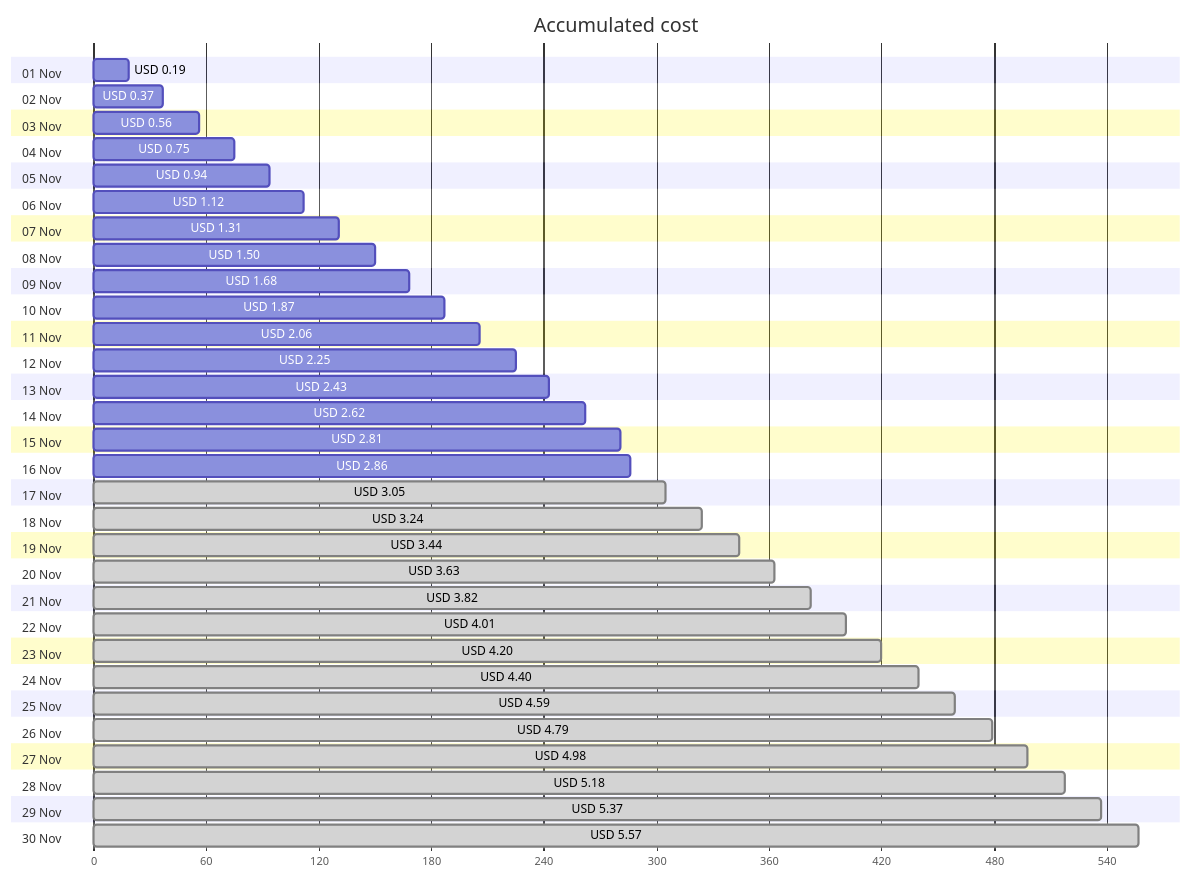
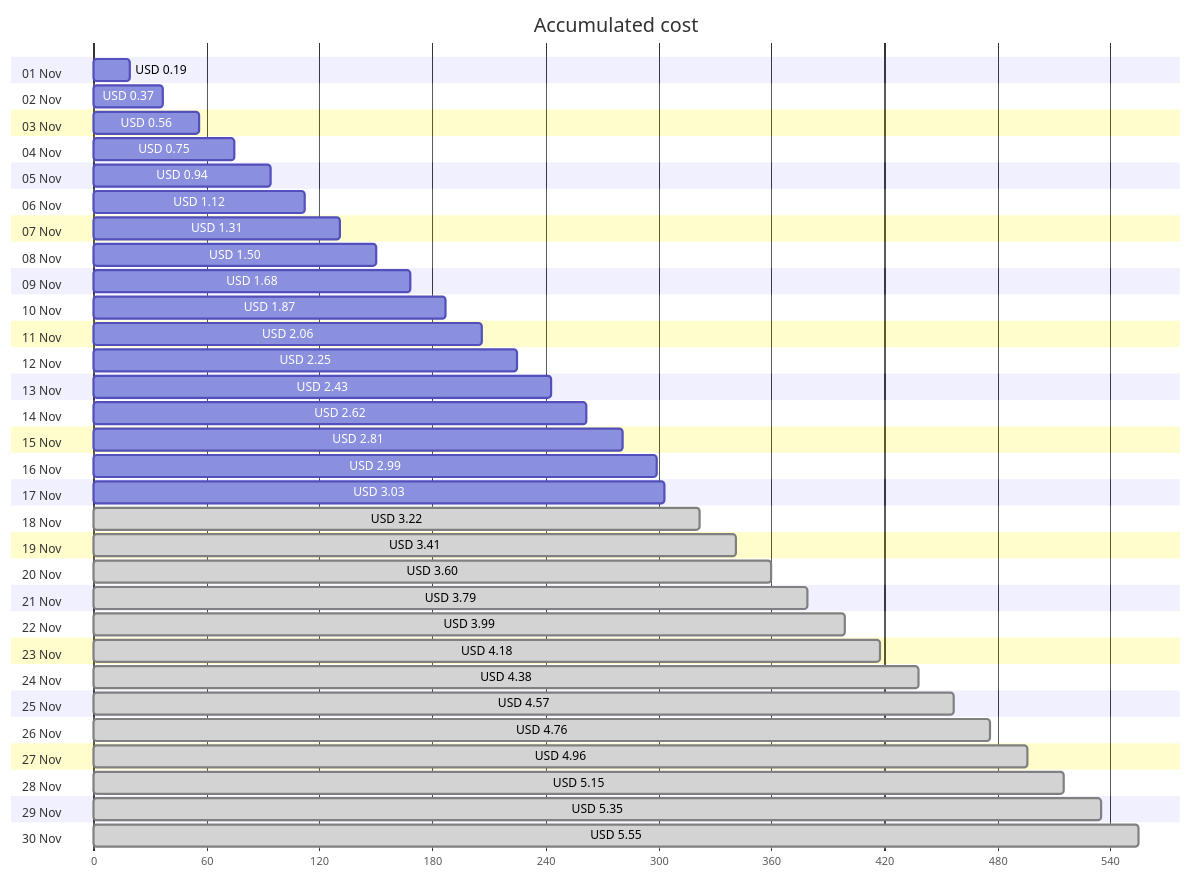
One commit to jpfulton/azure-personal-reports changed the first of 4 diagrams in cost-reports/personal-network/backup-server.md. Above: the diagram before and after it, drawn with Mermaid. The commit also changed other lines of this file and 8 other files, not shown here.

````diff
--- a/cost-reports/personal-network/backup-server.md
+++ b/cost-reports/personal-network/backup-server.md
@@ -20,66 +20,66 @@
 ```mermaid
 gantt
    title Accumulated cost
    dateFormat  X
    axisFormat %s
    section 01 Nov
    USD 0.19 :0, 19
    section 02 Nov
    USD 0.37 :0, 37
    section 03 Nov
    USD 0.56 :0, 56
    section 04 Nov
    USD 0.75 :0, 75
    section 05 Nov
    USD 0.94 :0, 94
    section 06 Nov
    USD 1.12 :0, 112
    section 07 Nov
    USD 1.31 :0, 131
    section 08 Nov
    USD 1.50 :0, 150
    section 09 Nov
    USD 1.68 :0, 168
    section 10 Nov
    USD 1.87 :0, 187
    section 11 Nov
    USD 2.06 :0, 206
    section 12 Nov
    USD 2.25 :0, 225
    section 13 Nov
    USD 2.43 :0, 243
    section 14 Nov
    USD 2.62 :0, 262
    section 15 Nov
    USD 2.81 :0, 281
    section 16 Nov
-   USD 2.86 :0, 286
+   USD 2.99 :0, 299
    section 17 Nov
-   USD 3.05 : done, 0, 305
+   USD 3.03 :0, 303
    section 18 Nov
-   USD 3.24 : done, 0, 324
+   USD 3.22 : done, 0, 322
    section 19 Nov
-   USD 3.44 : done, 0, 344
+   USD 3.41 : done, 0, 341
    section 20 Nov
-   USD 3.63 : done, 0, 363
+   USD 3.60 : done, 0, 360
    section 21 Nov
-   USD 3.82 : done, 0, 382
+   USD 3.79 : done, 0, 379
    section 22 Nov
-   USD 4.01 : done, 0, 401
+   USD 3.99 : done, 0, 399
    section 23 Nov
-   USD 4.20 : done, 0, 420
+   USD 4.18 : done, 0, 418
    section 24 Nov
-   USD 4.40 : done, 0, 440
+   USD 4.38 : done, 0, 438
    section 25 Nov
-   USD 4.59 : done, 0, 459
+   USD 4.57 : done, 0, 457
    section 26 Nov
-   USD 4.79 : done, 0, 479
+   USD 4.76 : done, 0, 476
    section 27 Nov
-   USD 4.98 : done, 0, 498
+   USD 4.96 : done, 0, 496
    section 28 Nov
-   USD 5.18 : done, 0, 518
+   USD 5.15 : done, 0, 515
    section 29 Nov
-   USD 5.37 : done, 0, 537
+   USD 5.35 : done, 0, 535
    section 30 Nov
-   USD 5.57 : done, 0, 557
+   USD 5.55 : done, 0, 555
 ```
````
